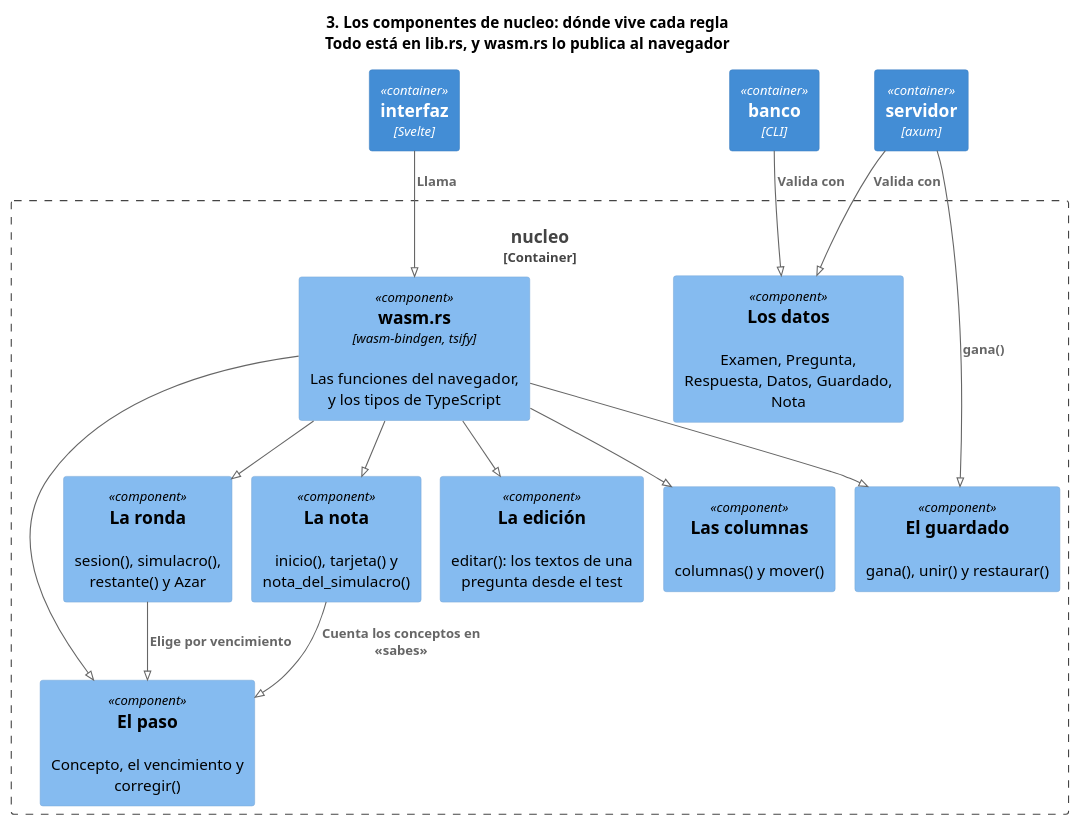
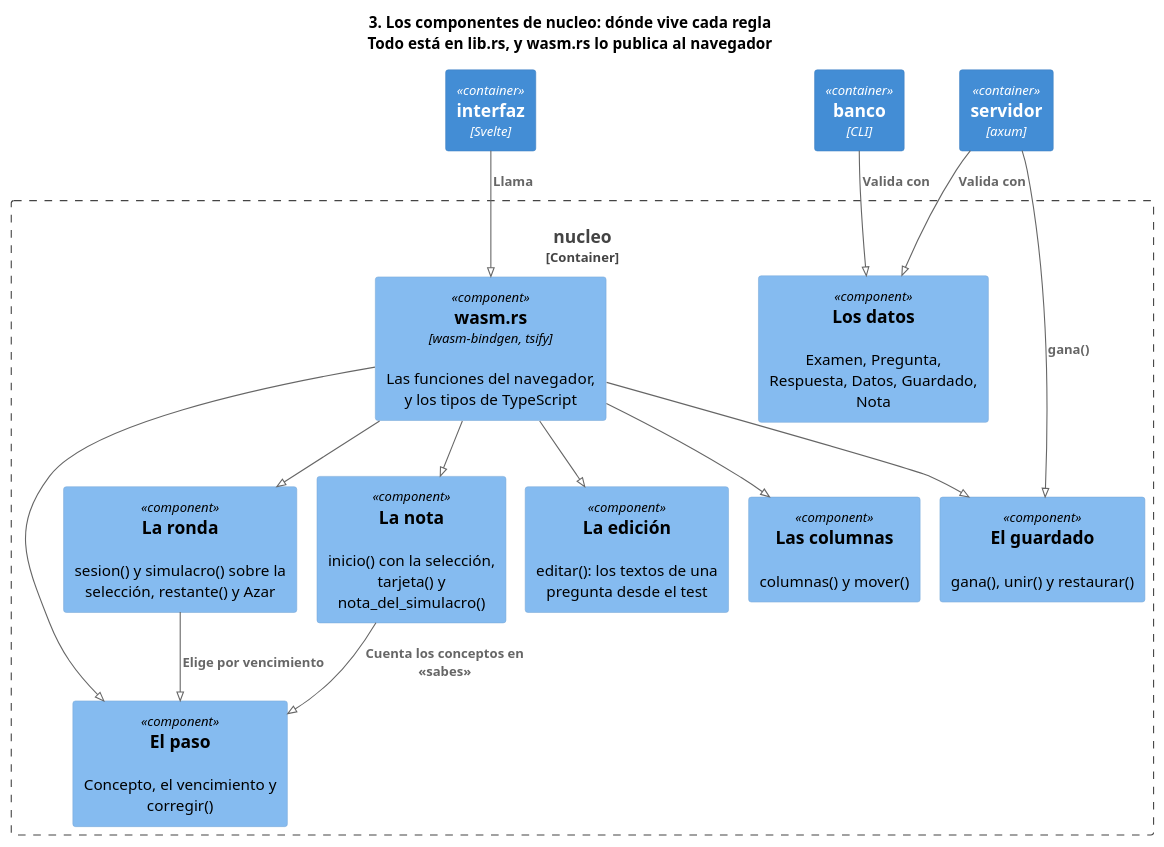
The diagram in docs/diagramas/3-nucleo.puml (jfdg01/examenes), drawn with PlantUML before and after one commit. The commit also changed 3 other files, not shown here.

First line of the commit message:
chore: los diagramas muestran la selección de apartados

```diff
--- a/docs/diagramas/3-nucleo.puml
+++ b/docs/diagramas/3-nucleo.puml
@@ -1,33 +1,33 @@
 @startuml 3-nucleo
 !pragma layout smetana
 !include <C4/C4_Component>
 title 3. Los componentes de nucleo: dónde vive cada regla\nTodo está en lib.rs, y wasm.rs lo publica al navegador
 
 Container(interfaz, "interfaz", "Svelte")
 Container(servidor, "servidor", "axum")
 Container(banco, "banco", "CLI")
 
 Container_Boundary(nucleo, "nucleo") {
   Component(wasm, "wasm.rs", "wasm-bindgen, tsify", "Las funciones del navegador, y los tipos de TypeScript")
   Component(tipos, "Los datos", "", "Examen, Pregunta, Respuesta, Datos, Guardado, Nota")
   Component(paso, "El paso", "", "Concepto, el vencimiento y corregir()")
-  Component(ronda, "La ronda", "", "sesion(), simulacro(), restante() y Azar")
+  Component(ronda, "La ronda", "", "sesion() y simulacro() sobre la selección, restante() y Azar")
   Component(guardado, "El guardado", "", "gana(), unir() y restaurar()")
-  Component(nota, "La nota", "", "inicio(), tarjeta() y nota_del_simulacro()")
+  Component(nota, "La nota", "", "inicio() con la selección, tarjeta() y nota_del_simulacro()")
   Component(edicion, "La edición", "", "editar(): los textos de una pregunta desde el test")
   Component(columnas, "Las columnas", "", "columnas() y mover()")
 }
 
 Rel(interfaz, wasm, "Llama")
 Rel(wasm, paso, "")
 Rel(wasm, ronda, "")
 Rel(wasm, guardado, "")
 Rel(wasm, nota, "")
 Rel(wasm, edicion, "")
 Rel(wasm, columnas, "")
 Rel(ronda, paso, "Elige por vencimiento")
 Rel(nota, paso, "Cuenta los conceptos en «sabes»")
 Rel(servidor, tipos, "Valida con")
 Rel(servidor, guardado, "gana()")
 Rel(banco, tipos, "Valida con")
 @enduml
```
